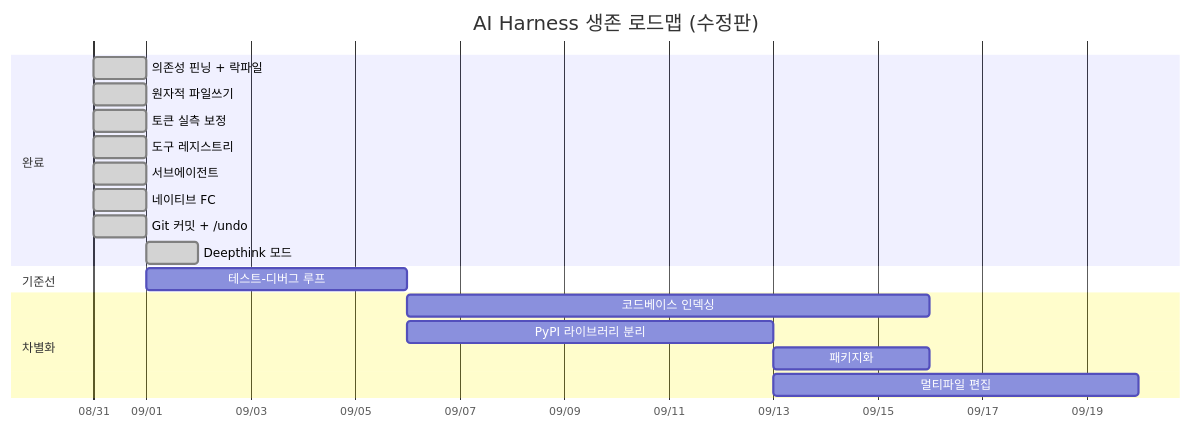
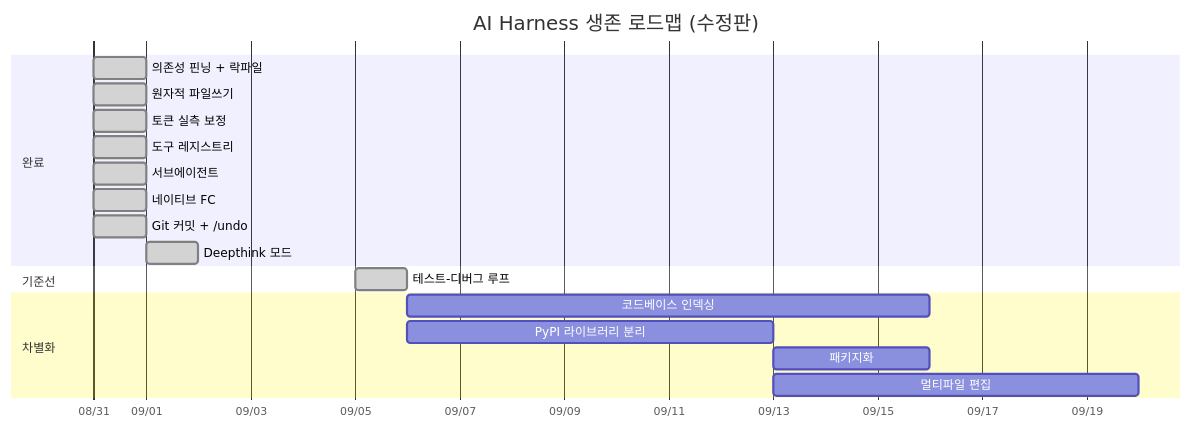
The diagram in roadmap.md (minjun1177/simple_harness), drawn with Mermaid before and after one commit. The commit also changed other lines of this file and 10 other files, not shown here.

````diff
--- a/roadmap.md
+++ b/roadmap.md
@@ -235,26 +264,26 @@
 ```mermaid
 gantt
     title AI Harness 생존 로드맵 (수정판)
     dateFormat YYYY-MM-DD
     axisFormat %m/%d
 
     section 완료
     의존성 핀닝 + 락파일    :done, a1, 2026-08-31, 1d
     원자적 파일쓰기         :done, a2, 2026-08-31, 1d
     토큰 실측 보정          :done, a3, 2026-08-31, 1d
     도구 레지스트리         :done, a4, 2026-08-31, 1d
     서브에이전트            :done, a5, 2026-08-31, 1d
 
     네이티브 FC             :done, a6, 2026-08-31, 1d
     Git 커밋 + /undo        :done, a7, 2026-08-31, 1d
     Deepthink 모드          :done, a8, 2026-09-01, 1d
 
     section 기준선
-    테스트-디버그 루프       :b3, 2026-09-01, 5d
+    테스트-디버그 루프       :done, b3, 2026-09-05, 1d
 
     section 차별화
     코드베이스 인덱싱        :c1, after b3, 10d
     PyPI 라이브러리 분리     :c2, after b3, 7d
     패키지화                :c3, after c2, 3d
     멀티파일 편집           :c4, after c2, 7d
 ```
````
